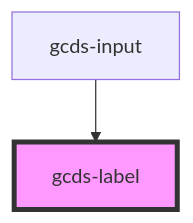
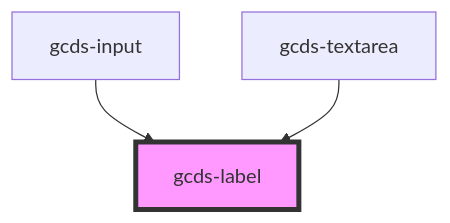
One commit to cds-snc/gcds-components changed the diagram in src/components/gcds-label/readme.md. Above: the diagram before and after it, drawn with Mermaid. The commit also changed other lines of this file and 8 other files, not shown here.

````diff
--- a/src/components/gcds-label/readme.md
+++ b/src/components/gcds-label/readme.md
@@ -25,5 +26,6 @@
 ```mermaid
 graph TD;
   gcds-input --> gcds-label
+  gcds-textarea --> gcds-label
   style gcds-label fill:#f9f,stroke:#333,stroke-width:4px
 ```
````
